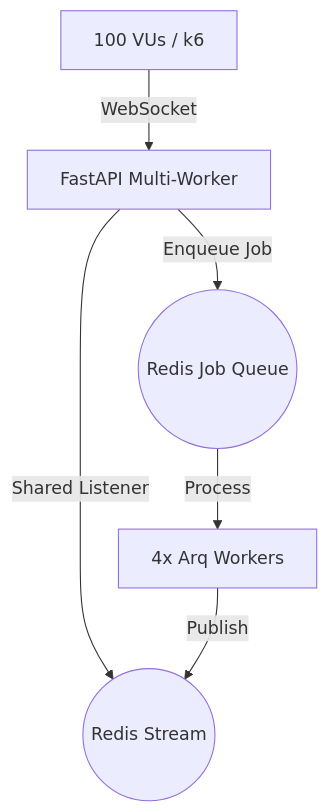
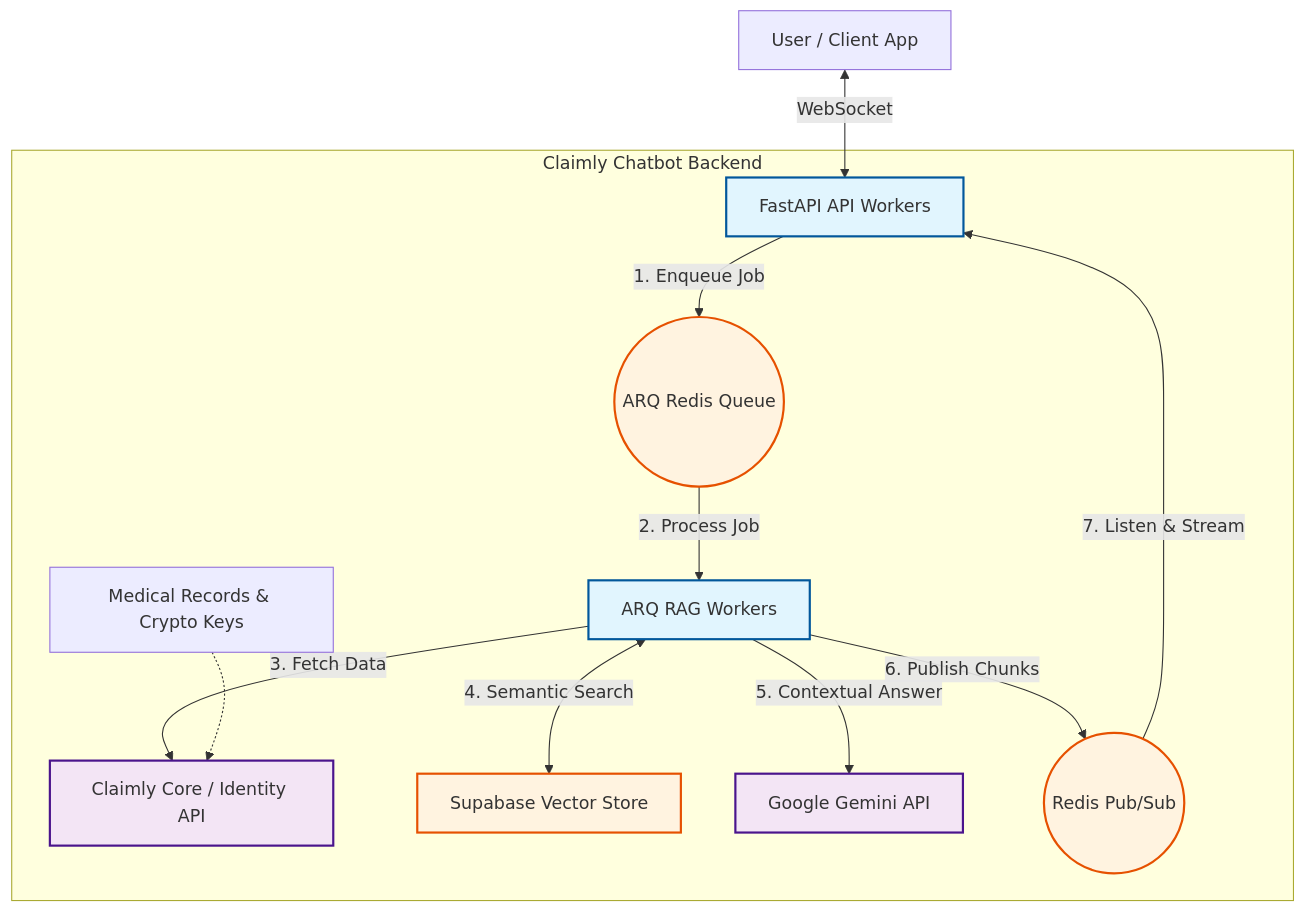
The diagram in README.md (leeCode83/claimly-rag-chatbot), drawn with Mermaid before and after one commit. The commit also changed other lines of this file and 1 other file, not shown here.

Commit message:
docs: update architecture diagram and security documentation, and add staging CI pipeline with unit and load testing.

````diff
--- a/README.md
+++ b/README.md
@@ -15,8 +15,31 @@
 ```mermaid
 graph TD
-    Client[100 VUs / k6] -->|WebSocket| API_LoadBalancer[FastAPI Multi-Worker]
-    API_LoadBalancer -->|Shared Listener| Redis_PubSub((Redis Stream))
-    API_LoadBalancer -->|Enqueue Job| ARQ_Queue((Redis Job Queue))
-    ARQ_Queue -->|Process| RAG_Workers[4x Arq Workers]
-    RAG_Workers -->|Publish| Redis_PubSub
+    %% Roles
+    Client[User / Client App] <-->|WebSocket| API[FastAPI API Workers]
+    
+    subgraph "Claimly Chatbot Backend"
+        API -->|1. Enqueue Job| Redis_Queue((ARQ Redis Queue))
+        Redis_Queue -->|2. Process Job| Worker[ARQ RAG Workers]
+        
+        %% Decryption Flow
+        Worker -->|3. Fetch Data| CoreAPI[Claimly Core / Identity API]
+        Note1[Medical Records & Crypto Keys] -.-> CoreAPI
+        
+        %% RAG Pipeline
+        Worker <-->|4. Semantic Search| Supabase[Supabase Vector Store]
+        Worker -->|5. Contextual Answer| Gemini[Google Gemini API]
+        
+        %% Real-time Feedback
+        Worker -->|6. Publish Chunks| Redis_PubSub((Redis Pub/Sub))
+        Redis_PubSub -->|7. Listen & Stream| API
+    end
+
+    %% Styling
+    classDef primary fill:#e1f5fe,stroke:#01579b,stroke-width:2px;
+    classDef storage fill:#fff3e0,stroke:#e65100,stroke-width:2px;
+    classDef external fill:#f3e5f5,stroke:#4a148c,stroke-width:2px;
+    
+    class API,Worker primary;
+    class Redis_Queue,Redis_PubSub,Supabase storage;
+    class CoreAPI,Gemini external;
 ```
````
